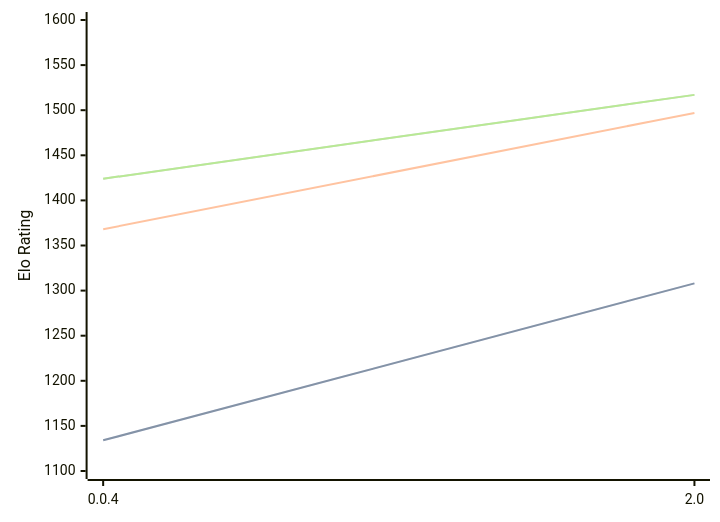
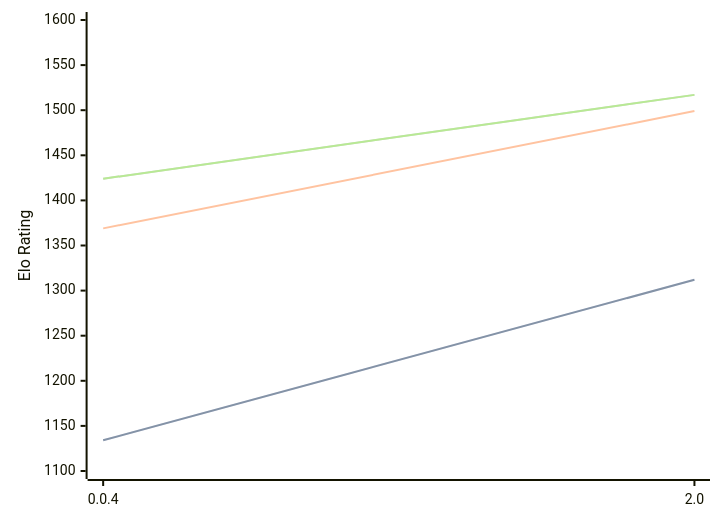
The diagram in engines/Oops!Mate.md (computer-chess-index/cci), drawn with Mermaid before and after one commit. The commit also changed other lines of this file, not shown here.

Commit message:
Update CCI Ratings (ELO VLTC) - 2026-02-17

````diff
--- a/engines/Oops!Mate.md
+++ b/engines/Oops!Mate.md
@@ -48,11 +48,11 @@
 ```mermaid
 %%{init: {"theme":"base","themeVariables":{"seriesColors:['#a3a3a3','#222221','#faa371']}}}%%
 xychart-beta
   x-axis ["0.0.4", "2.0"]
   y-axis "Elo Rating" 1100 --> 1600
-  line "STC (8.0+0.08s)" [1134, 1308]
-  line "STC (8.0+0.08s)" [1134, 1308]
-  line "LTC (60.0+0.60s)" [1368, 1497]
+  line "STC (8.0+0.08s)" [1134, 1312]
+  line "STC (8.0+0.08s)" [1134, 1312]
+  line "LTC (60.0+0.60s)" [1369, 1499]
   line "VLTC (2m24s+1.12s)" [1424, 1517]
   line "VLTC (2m24s+1.12s)" [1424, 1517]
 ```
````
